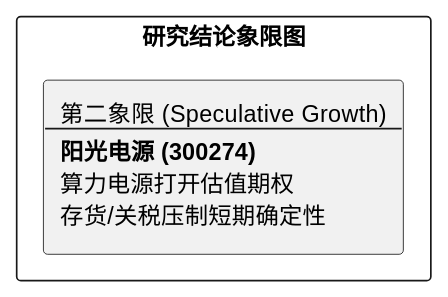
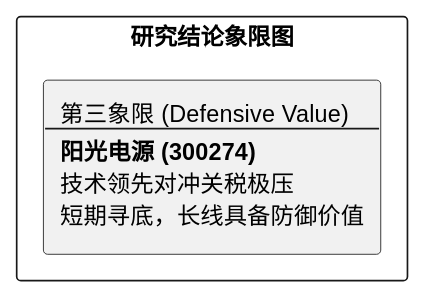
Before and after one commit to hrzzzrh/QuantPyLab: the diagram in investigation/equities/阳光电源/reports/研报章节七：投资摘要与风险因素.md, drawn with PlantUML. The commit also changed other lines of this file and 159 other files, not shown here.

````diff
--- a/investigation/equities/阳光电源/reports/研报章节七：投资摘要与风险因素.md
+++ b/investigation/equities/阳光电源/reports/研报章节七：投资摘要与风险因素.md
@@ -24,7 +24,7 @@
 ```plantuml
 @startuml
 rectangle "研究结论象限图" {
-    rectangle "第二象限 (Speculative Growth)\n--\n**阳光电源 (300274)**\n算力电源打开估值期权\n存货/关税压制短期确定性" as Q2
+    rectangle "第三象限 (Defensive Value)\n--\n**阳光电源 (300274)**\n技术领先对冲关税极压\n短期寻底，长线具备防御价值" as Q3
 }
 @enduml
 ```
````
